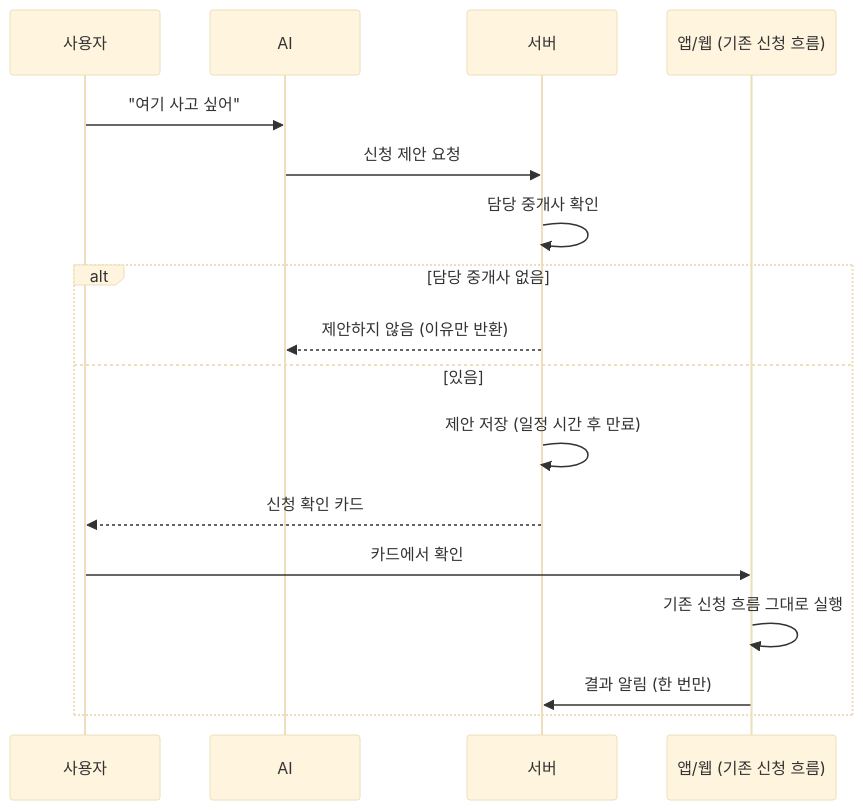
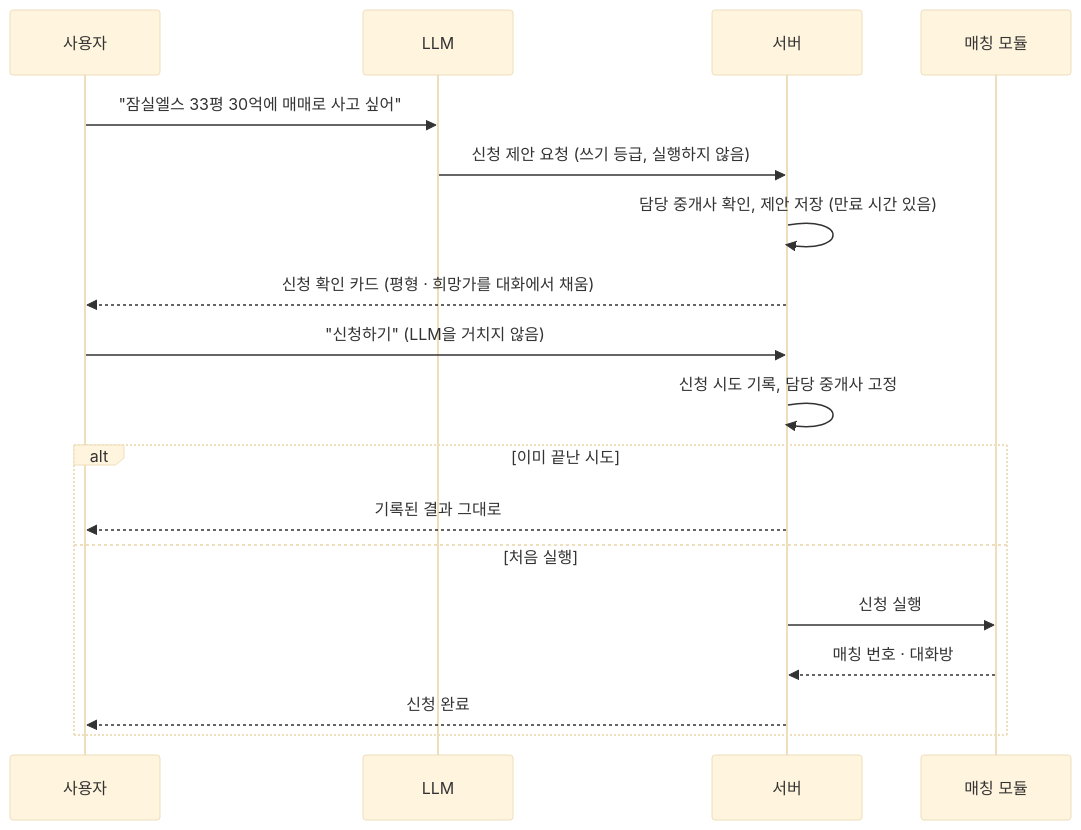
One commit to 12OneTwo12/12OneTwo12.github.io changed the fifth of 6 diagrams in content/blog/architecture/real-estate-integrated-agent.ko.md. Above: the diagram before and after it, drawn with Mermaid (base theme). The commit also changed other lines of this file and 1 other file, not shown here.

````diff
--- a/content/blog/architecture/real-estate-integrated-agent.ko.md
+++ b/content/blog/architecture/real-estate-integrated-agent.ko.md
@@ -219,19 +234,20 @@
 ```mermaid
 sequenceDiagram
     participant U as 사용자
-    participant A as AI
+    participant A as LLM
     participant S as 서버
-    participant App as 앱/웹 (기존 신청 흐름)
-    U->>A: "여기 사고 싶어"
-    A->>S: 신청 제안 요청
-    S->>S: 담당 중개사 확인
-    alt 담당 중개사 없음
-        S-->>A: 제안하지 않음 (이유만 반환)
-    else 있음
-        S->>S: 제안 저장 (일정 시간 후 만료)
-        S-->>U: 신청 확인 카드
-        U->>App: 카드에서 확인
-        App->>App: 기존 신청 흐름 그대로 실행
-        App->>S: 결과 알림 (한 번만)
+    participant M as 매칭 모듈
+    U->>A: "잠실엘스 33평 30억에 매매로 사고 싶어"
+    A->>S: 신청 제안 요청 (쓰기 등급, 실행하지 않음)
+    S->>S: 담당 중개사 확인, 제안 저장 (만료 시간 있음)
+    S-->>U: 신청 확인 카드 (평형 · 희망가를 대화에서 채움)
+    U->>S: "신청하기" (LLM을 거치지 않음)
+    S->>S: 신청 시도 기록, 담당 중개사 고정
+    alt 이미 끝난 시도
+        S-->>U: 기록된 결과 그대로
+    else 처음 실행
+        S->>M: 신청 실행
+        M-->>S: 매칭 번호 · 대화방
+        S-->>U: 신청 완료
     end
 ```
````
